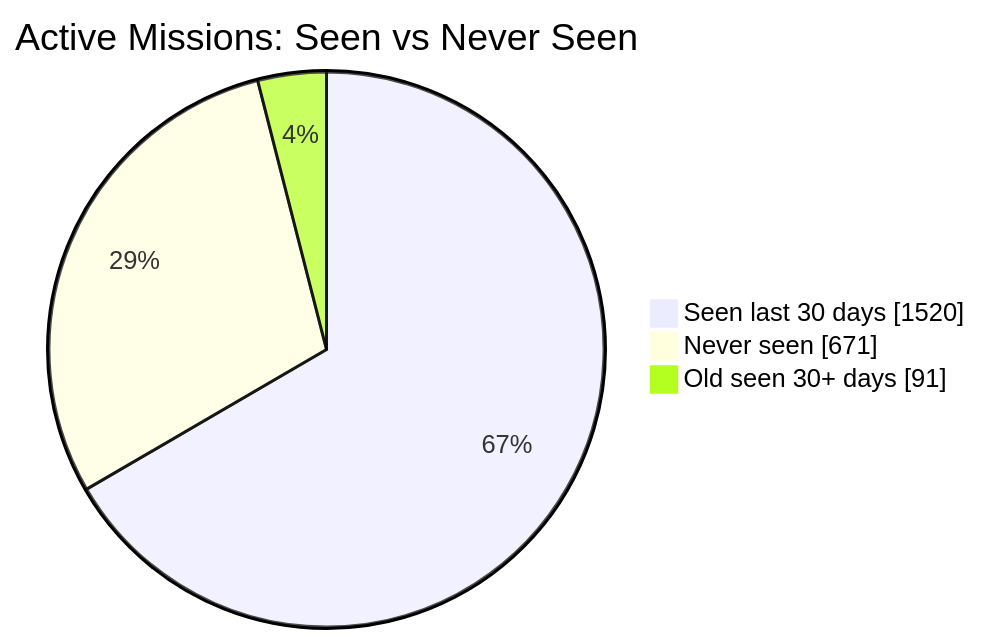
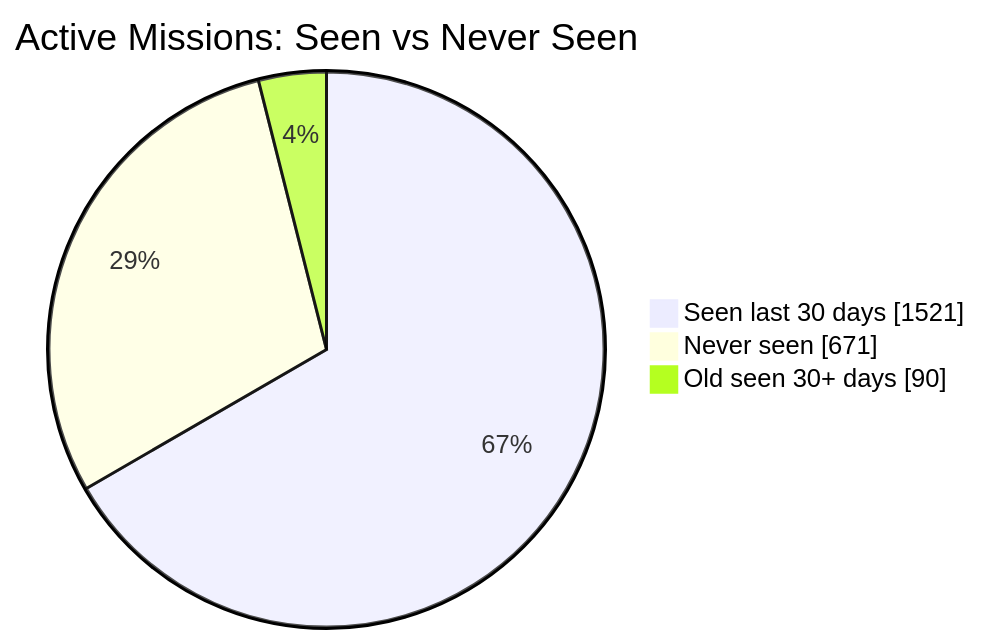
The first of 2 diagrams in README.md (MeldkamerspelGameTeam/active-missions), drawn with Mermaid before and after one commit. The commit also changed other lines of this file and 2 other files, not shown here.

````diff
--- a/README.md
+++ b/README.md
@@ -34,7 +34,7 @@
 ```mermaid
 pie showData
     title Active Missions: Seen vs Never Seen
-    "Seen last 30 days" : 1520
+    "Seen last 30 days" : 1521
     "Never seen" : 671
-    "Old seen 30+ days" : 91
+    "Old seen 30+ days" : 90
 ```
````
